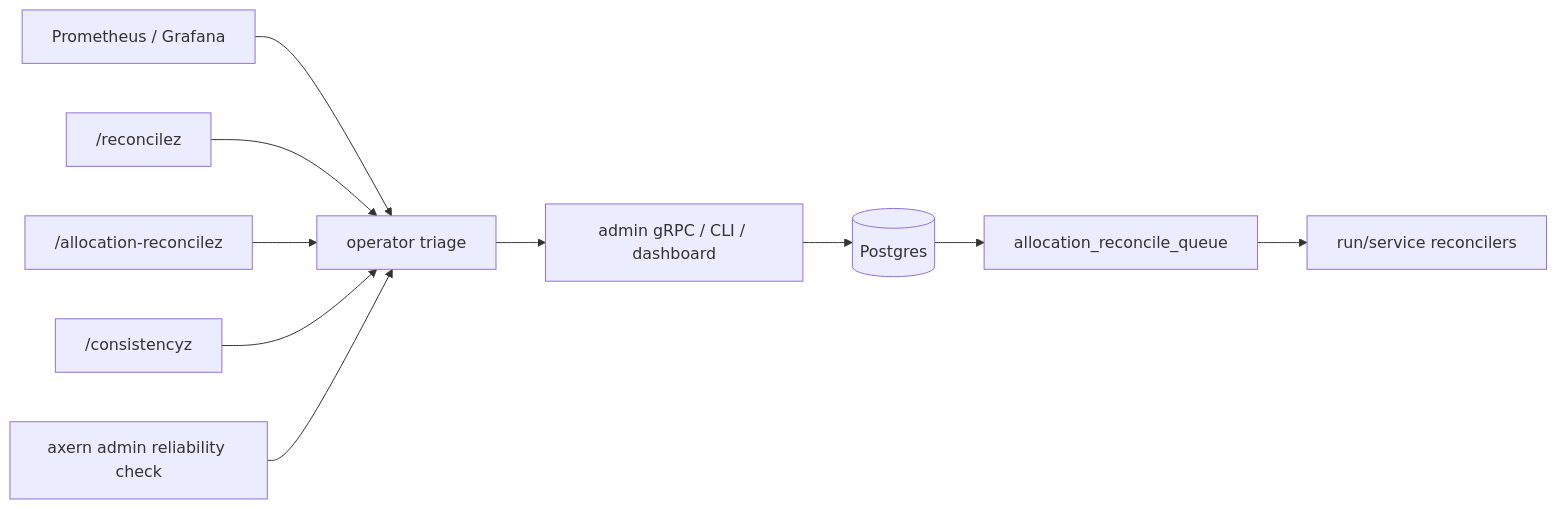
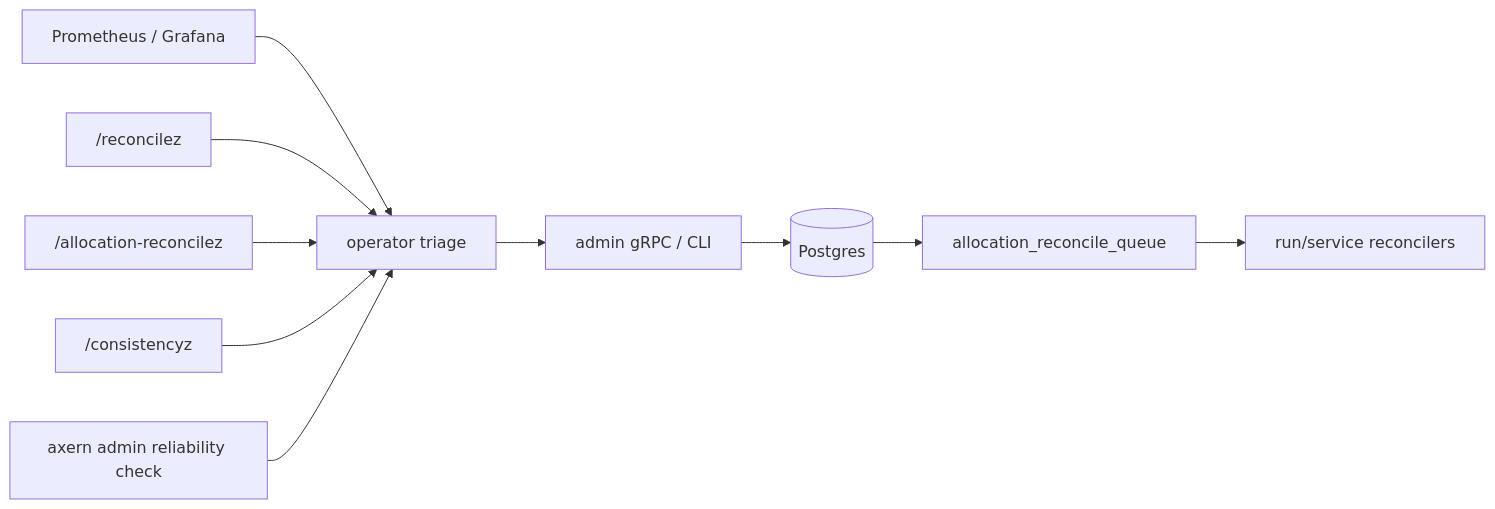
One commit to cofy-x/axern changed the diagram in control/controld/docs/reconcile-operations.md. Above: the diagram before and after it, drawn with Mermaid. The commit also changed other lines of this file and 87 other files, not shown here.

````diff
--- a/control/controld/docs/reconcile-operations.md
+++ b/control/controld/docs/reconcile-operations.md
@@ -27,12 +27,12 @@
 ```mermaid
 flowchart LR
   Metrics["Prometheus / Grafana"] --> Triage["operator triage"]
   ReconcileZ["/reconcilez"] --> Triage
   QueueZ["/allocation-reconcilez"] --> Triage
   ConsistencyZ["/consistencyz"] --> Triage
   CLIHealth["axern admin reliability check"] --> Triage
-  Triage --> Admin["admin gRPC / CLI / dashboard"]
+  Triage --> Admin["admin gRPC / CLI"]
   Admin --> DB[("Postgres")]
   DB --> Queue["allocation_reconcile_queue"]
   Queue --> Reconciler["run/service reconcilers"]
 ```
````
